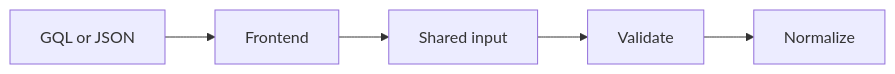
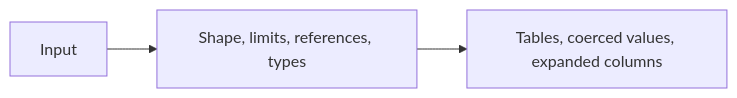
One commit to gitlabhq/orbit-knowledge-graph changed the fourth of 26 diagrams in docs/pages/engineering/architecture/query-engine.md. Above: the diagram before and after it, drawn with Mermaid. The commit also changed other lines of this file and 2 other files, not shown here.

Commit message:
docs(architecture): tighten the querying pages and add the engine walkthrough

````diff
--- a/docs/pages/engineering/architecture/query-engine.md
+++ b/docs/pages/engineering/architecture/query-engine.md
@@ -55,5 +151,5 @@
 ```mermaid
 flowchart LR
-    Text[GQL or JSON] --> Frontend --> Input[Shared input]
-    Input --> Validate --> Normalize
+    Input --> Validate[Shape, limits, references, types]
+    Validate --> Normalize[Tables, coerced values, expanded columns]
 ```
````
